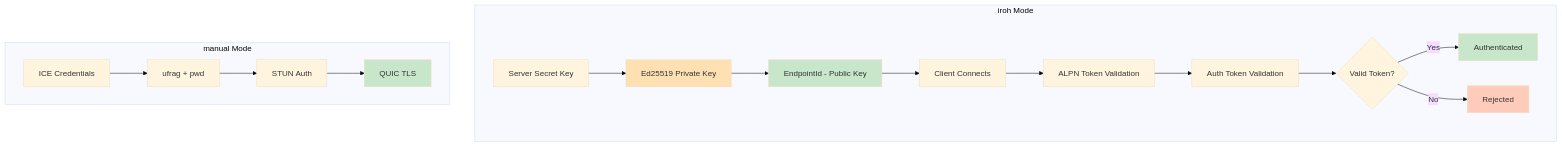
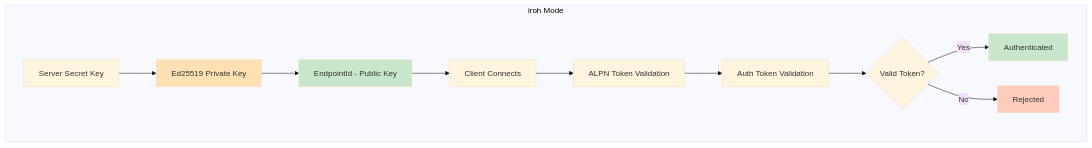
One commit to andrewtheguy/tunnel-rs changed diagram 14 of 22 in docs/ARCHITECTURE.md. Above: the diagram before and after it, drawn with Mermaid (base theme). The commit also changed other lines of this file and 54 other files, not shown here.

````diff
--- a/docs/ARCHITECTURE.md
+++ b/docs/ARCHITECTURE.md
@@ -622,25 +507,18 @@
 ```mermaid
 graph TB
     subgraph "iroh Mode"
         A[Server Secret Key] --> B[Ed25519 Private Key]
         B --> C[EndpointId - Public Key]
         C --> D[Client Connects]
         D --> D2[ALPN Token Validation]
         D2 --> E[Auth Token Validation]
         E --> F{Valid Token?}
         F -->|Yes| G[Authenticated]
         F -->|No| H[Rejected]
     end
 
-    subgraph "manual Mode"
-        I[ICE Credentials] --> J[ufrag + pwd]
-        J --> K[STUN Auth]
-        K --> L[QUIC TLS]
-    end
-
     style B fill:#FFE0B2
     style C fill:#C8E6C9
     style G fill:#C8E6C9
     style H fill:#FFCCBC
-    style L fill:#C8E6C9
 ```
````
